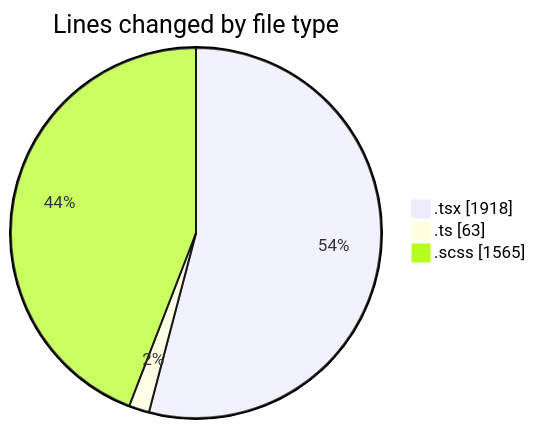
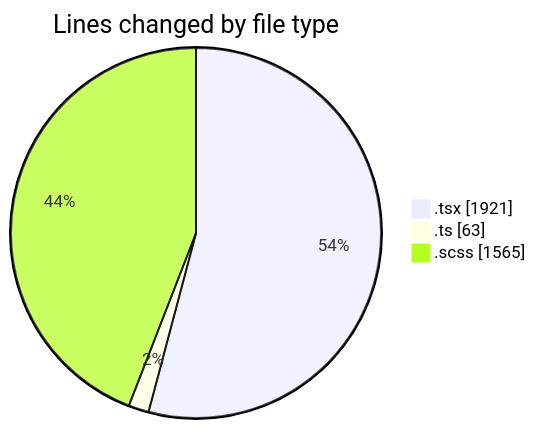
The first of 2 diagrams in 2025-04-02/cda/README.md (momahboobian/code-tracking), drawn with Mermaid before and after one commit. The commit also changed other lines of this file and 1 other file, not shown here.

````diff
--- a/2025-04-02/cda/README.md
+++ b/2025-04-02/cda/README.md
@@ -30,7 +30,7 @@
 ```mermaid
 pie showData
 title Lines changed by file type
-".tsx" : 1918
+".tsx" : 1921
 ".ts" : 63
 ".scss" : 1565
 ```
````
